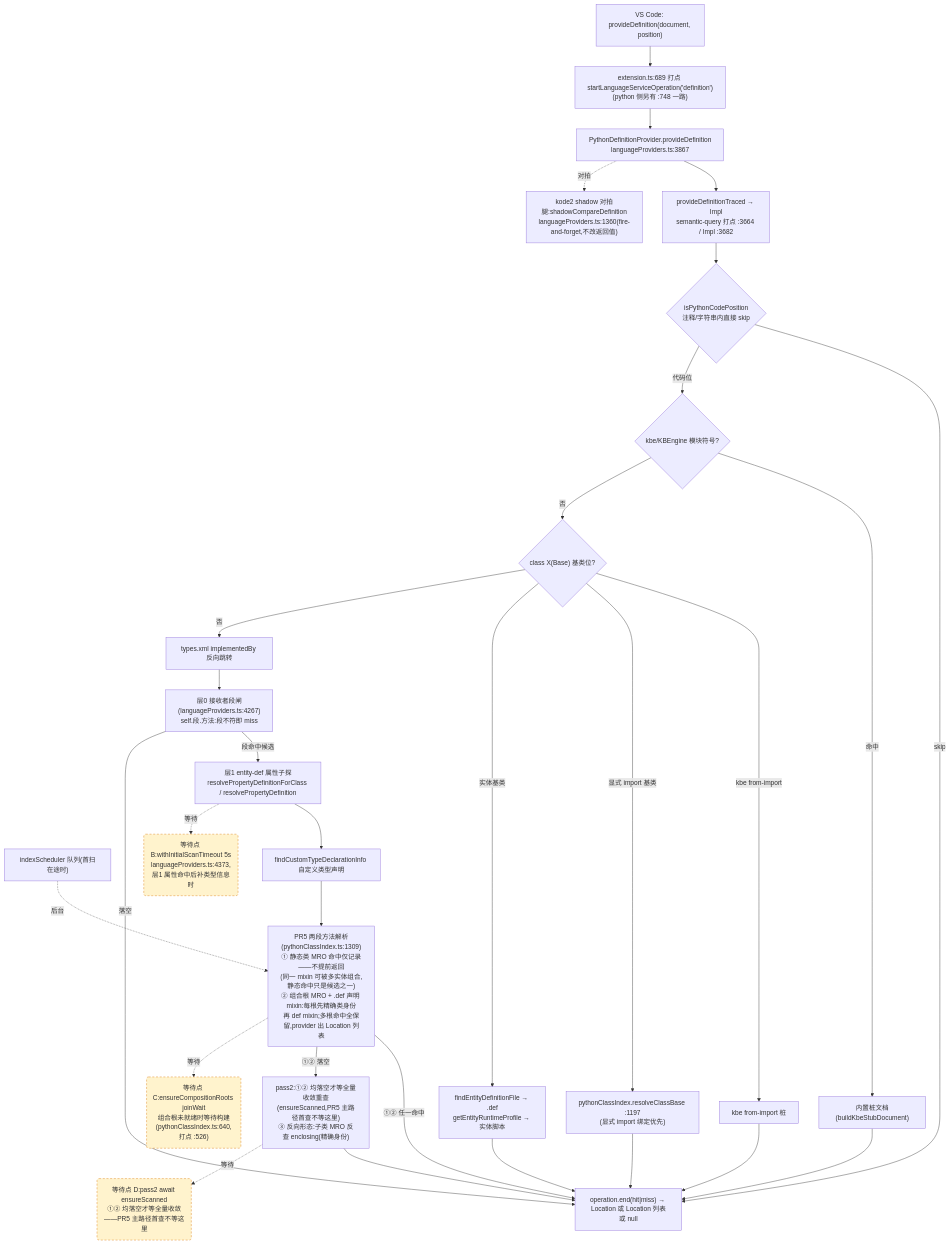
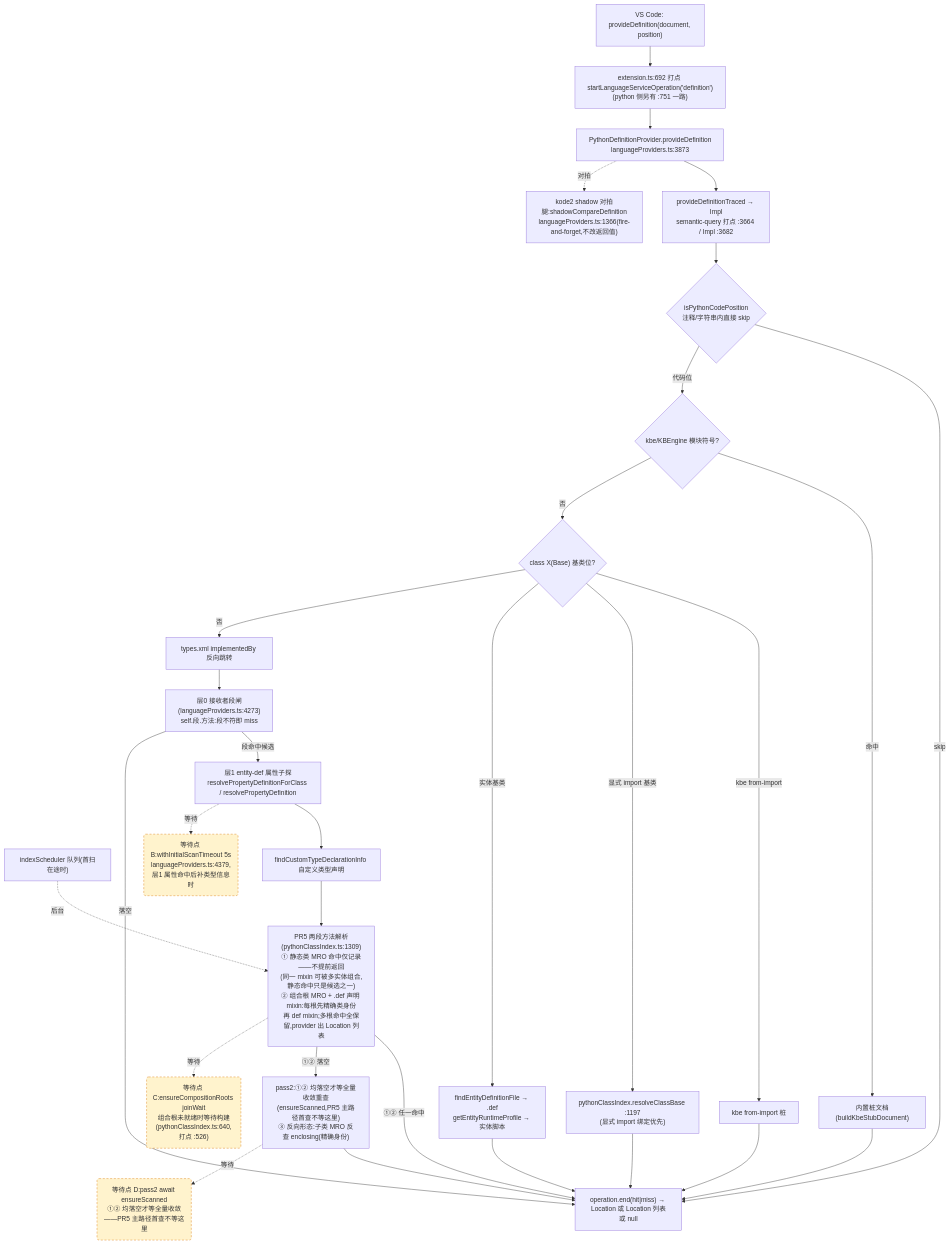
One commit to cuihairu/kode changed the second of 4 diagrams in docs/perf/2026-baseline.md. Above: the diagram before and after it, drawn with Mermaid. The commit also changed other lines of this file and 9 other files, not shown here.

````diff
--- a/docs/perf/2026-baseline.md
+++ b/docs/perf/2026-baseline.md
@@ -130,51 +130,51 @@
 ```mermaid
 flowchart TD
   VC2["VS Code: provideDefinition(document, position)"]
-  M2["extension.ts:689 打点 startLanguageServiceOperation('definition')<br/>(python 侧另有 :748 一路)"]
-  AD2["PythonDefinitionProvider.provideDefinition<br/>languageProviders.ts:3867"]
+  M2["extension.ts:692 打点 startLanguageServiceOperation('definition')<br/>(python 侧另有 :751 一路)"]
+  AD2["PythonDefinitionProvider.provideDefinition<br/>languageProviders.ts:3873"]
   TR["provideDefinitionTraced → Impl<br/>semantic-query 打点 :3664 / Impl :3682"]
   CTX{"isPythonCodePosition<br/>注释/字符串内直接 skip"}
   KBE{"kbe/KBEngine 模块符号?"}
   STUB["内置桩文档(buildKbeStubDocument)"]
   CB{"class X(Base) 基类位?"}
   CB1["kbe from-import 桩"]
   CB2["pythonClassIndex.resolveClassBase :1197<br/>(显式 import 绑定优先)"]
   CB3["findEntityDefinitionFile → .def<br/>getEntityRuntimeProfile → 实体脚本"]
   REV["types.xml implementedBy 反向跳转"]
-  L0["层0 接收者段闸(languageProviders.ts:4267)<br/>self.段.方法:段不符即 miss"]
+  L0["层0 接收者段闸(languageProviders.ts:4273)<br/>self.段.方法:段不符即 miss"]
   L1["层1 entity-def 属性子探<br/>resolvePropertyDefinitionForClass / resolvePropertyDefinition"]
   SCAN["indexScheduler 队列(首扫在途时)"]
   TY["findCustomTypeDeclarationInfo 自定义类型声明"]
   MRO["PR5 两段方法解析(pythonClassIndex.ts:1309)<br/>① 静态类 MRO 命中仅记录——不提前返回<br/>(同一 mixin 可被多实体组合,静态命中只是候选之一)<br/>② 组合根 MRO + .def 声明 mixin:每根先精确类身份<br/>再 def mixin;多根命中全保留,provider 出 Location 列表"]
   PASS2["pass2:①② 均落空才等全量收敛重查<br/>(ensureScanned,PR5 主路径首查不等这里)<br/>③ 反向形态:子类 MRO 反查 enclosing(精确身份)"]
-  SHD["kode2 shadow 对拍腿:shadowCompareDefinition<br/>languageProviders.ts:1360(fire-and-forget,不改返回值)"]
+  SHD["kode2 shadow 对拍腿:shadowCompareDefinition<br/>languageProviders.ts:1366(fire-and-forget,不改返回值)"]
   END2["operation.end(hit|miss) → Location 或 Location 列表或 null"]
 
   VC2 --> M2 --> AD2 --> TR --> CTX
   CTX -- "skip" --> END2
   CTX -- "代码位" --> KBE
   KBE -- "命中" --> STUB --> END2
   KBE -- "否" --> CB
   CB -- "kbe from-import" --> CB1 --> END2
   CB -- "显式 import 基类" --> CB2 --> END2
   CB -- "实体基类" --> CB3 --> END2
   CB -- "否" --> REV --> L0
   L0 -- "段命中候选" --> L1
   L0 -- "落空" --> END2
   L1 --> TY
   TY --> MRO
   MRO -- "①② 任一命中" --> END2
   MRO -- "①② 落空" --> PASS2 --> END2
   AD2 -.->|对拍| SHD
 
-  WAITB("等待点 B:withInitialScanTimeout 5s<br/>languageProviders.ts:4373,层1 属性命中后补类型信息时")
+  WAITB("等待点 B:withInitialScanTimeout 5s<br/>languageProviders.ts:4379,层1 属性命中后补类型信息时")
   WAITC("等待点 C:ensureCompositionRoots joinWait<br/>组合根未就绪时等待构建(pythonClassIndex.ts:640,打点 :526)")
   WAITD("等待点 D:pass2 await ensureScanned<br/>①② 均落空才等全量收敛——PR5 主路径首查不等这里")
   L1 -.->|等待| WAITB
   MRO -.->|等待| WAITC
   PASS2 -.->|等待| WAITD
   SCAN -.->|后台| MRO
 
   classDef waitPoint fill:#fff3cd,stroke:#d97706,stroke-dasharray:5 4;
   class WAITB,WAITC,WAITD waitPoint;
 ```
````
